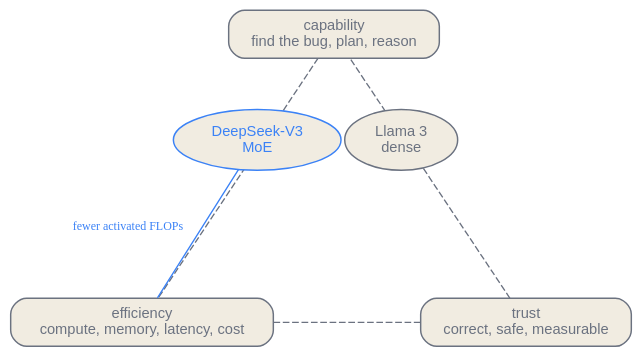
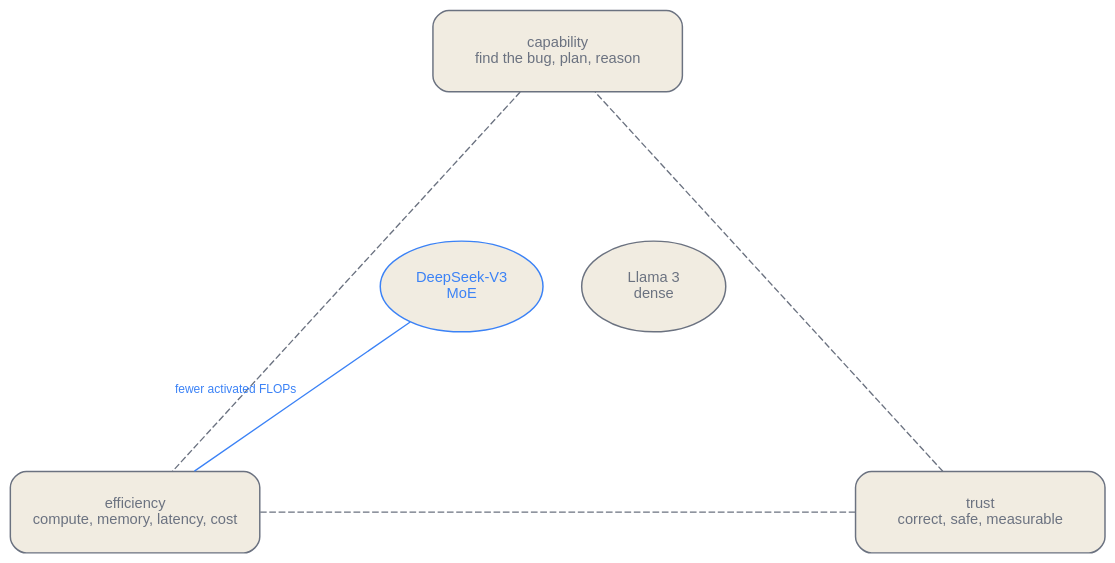
One commit to latere-ai/ai-as-an-infrastructure changed the third of 3 diagrams in en/p0-orientation/01-whole-stack.qmd. Above: the diagram before and after it, drawn with Graphviz. The commit also changed 3 other files, not shown here.

````diff
--- a/en/p0-orientation/01-whole-stack.qmd
+++ b/en/p0-orientation/01-whole-stack.qmd
@@ -231,19 +231,19 @@
 ```{dot}
 //| label: fig-whole-stack-lens
 //| fig-cap: "The capability, efficiency, trust lens as a trade-off space, with the two running models placed on it. A dense model and a sparse model can reach the same capability. The sparse one does it for fewer activated FLOPs, leaning toward efficiency. Neither earns trust until something measures its output."
 graph lens {
   layout=neato;
   bgcolor="transparent";
-  node [shape=box, style="rounded,filled", fontname="Helvetica", fontsize=11, color="#6b7280", fontcolor="#6b7280", fillcolor="#f1ece1", penwidth=1.1];
-  edge [color="#6b7280", fontcolor="#6b7280"];
-  cap [label="capability\nfind the bug, plan, reason", pos="0,2!"];
-  eff [label="efficiency\ncompute, memory, latency, cost", pos="-2,-1!"];
-  tru [label="trust\ncorrect, safe, measurable", pos="2,-1!"];
+  node [shape=box, style="rounded,filled", fontname="Helvetica", fontsize=11, fixedsize=true, width=2.6, height=0.85, color="#6b7280", fontcolor="#6b7280", fillcolor="#f1ece1", penwidth=1.1];
+  edge [fontname="Helvetica", color="#6b7280", fontcolor="#6b7280"];
+  cap [label="capability\nfind the bug, plan, reason", pos="0,3!"];
+  eff [label="efficiency\ncompute, memory, latency, cost", pos="-4.4,-1.8!"];
+  tru [label="trust\ncorrect, safe, measurable", pos="4.4,-1.8!"];
   cap -- eff [style=dashed];
   eff -- tru [style=dashed];
   tru -- cap [style=dashed];
-  llama [label="Llama 3\ndense", pos="0.7,0.9!", shape=ellipse];
-  ds [label="DeepSeek-V3\nMoE", pos="-0.8,0.9!", shape=ellipse, color="#3b82f6", fontcolor="#3b82f6"];
+  llama [label="Llama 3\ndense", pos="1.0,0.55!", shape=ellipse, width=1.5, height=0.95];
+  ds [label="DeepSeek-V3\nMoE", pos="-1.0,0.55!", shape=ellipse, width=1.7, height=0.95, color="#3b82f6", fontcolor="#3b82f6"];
   ds -- eff [label="fewer activated FLOPs", fontsize=9, color="#3b82f6", fontcolor="#3b82f6"];
 }
 ```
````
